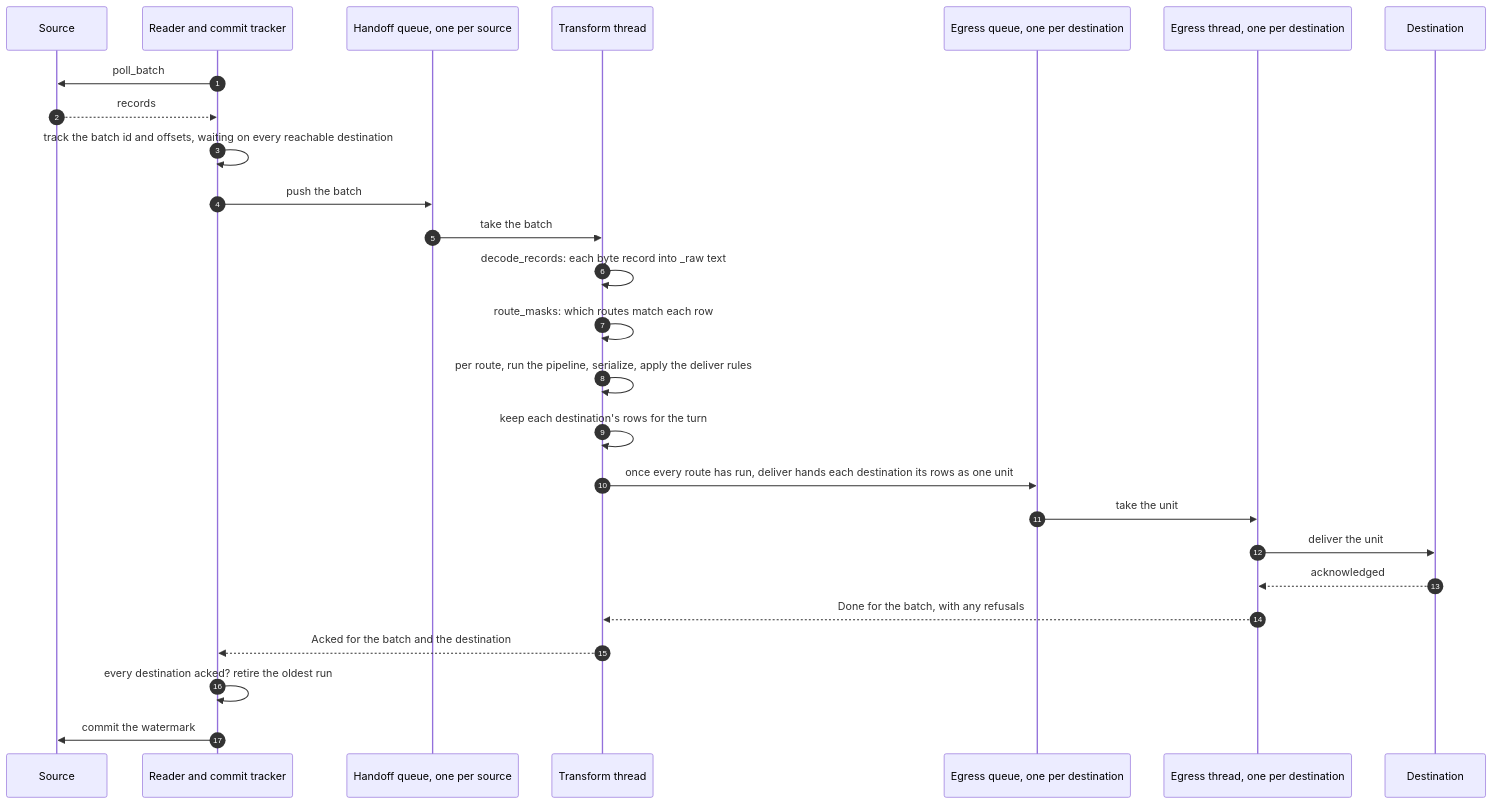
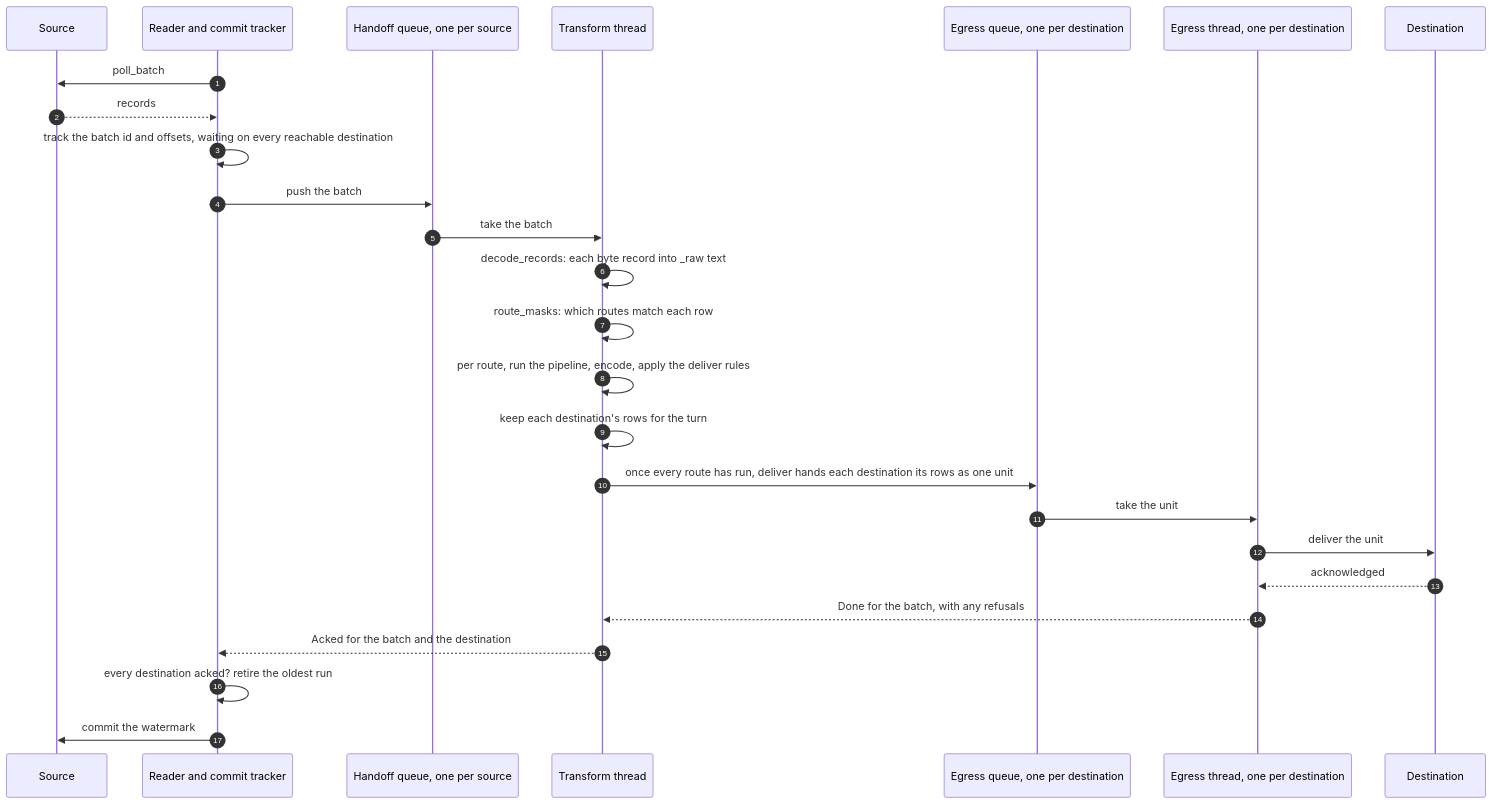
The first of 6 diagrams in docs/data-paths.md (smeltr-sh/smeltr), drawn with Mermaid before and after one commit. The commit also changed other lines of this file and 9 other files, not shown here.

````diff
--- a/docs/data-paths.md
+++ b/docs/data-paths.md
@@ -22,28 +22,28 @@
 ```mermaid
 sequenceDiagram
   autonumber
   participant S as Source
   participant R as Reader and commit tracker
   participant H as Handoff queue, one per source
   participant T as Transform thread
   participant Q as Egress queue, one per destination
   participant E as Egress thread, one per destination
   participant D as Destination
   R->>S: poll_batch
   S-->>R: records
   R->>R: track the batch id and offsets, waiting on every reachable destination
   R->>H: push the batch
   H->>T: take the batch
   T->>T: decode_records: each byte record into _raw text
   T->>T: route_masks: which routes match each row
-  T->>T: per route, run the pipeline, serialize, apply the deliver rules
+  T->>T: per route, run the pipeline, encode, apply the deliver rules
   T->>T: keep each destination's rows for the turn
   T->>Q: once every route has run, deliver hands each destination its rows as one unit
   Q->>E: take the unit
   E->>D: deliver the unit
   D-->>E: acknowledged
   E-->>T: Done for the batch, with any refusals
   T-->>R: Acked for the batch and the destination
   R->>R: every destination acked? retire the oldest run
   R->>S: commit the watermark
 ```
````
